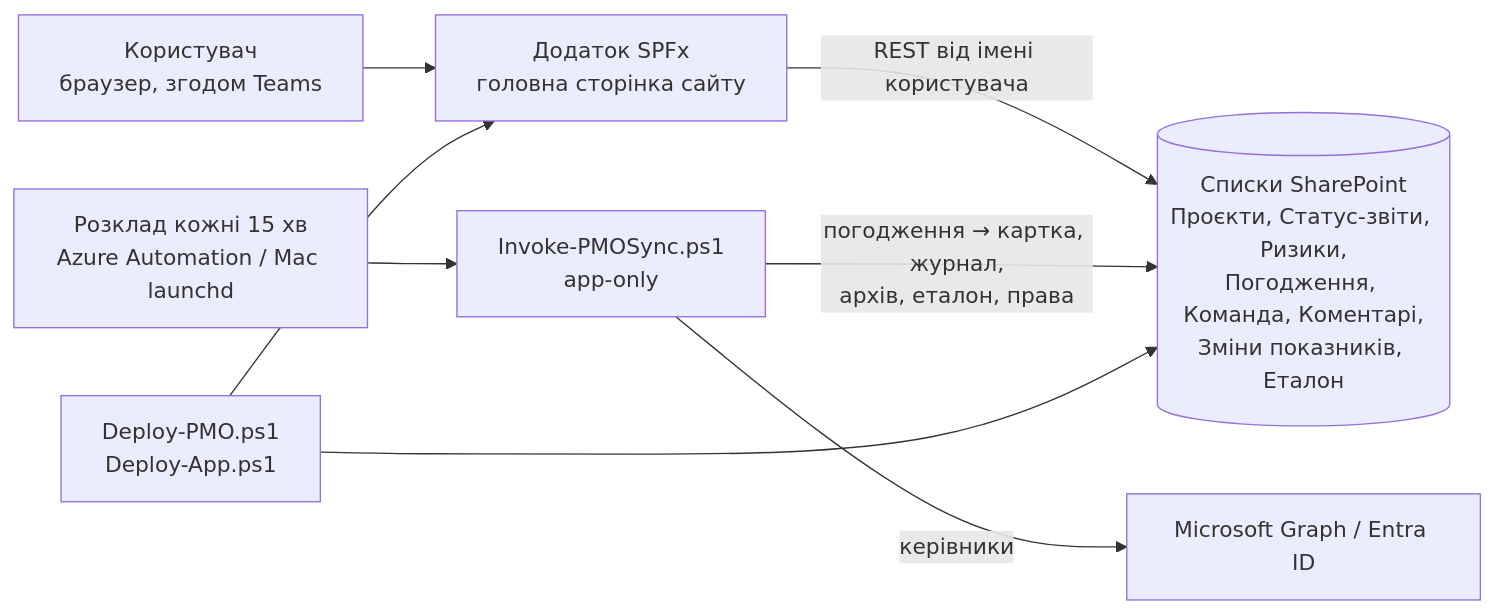
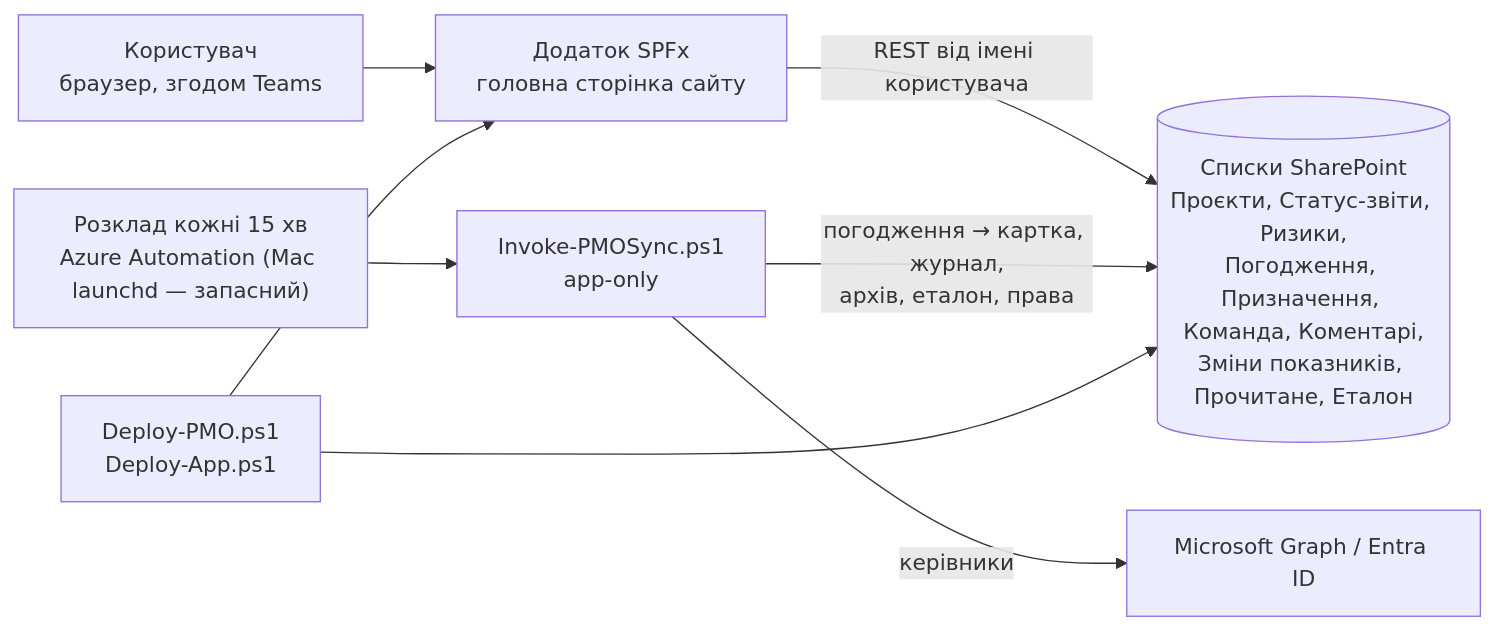
Before and after one commit to Acidsly/pmo-portal: the diagram in README.md, drawn with Mermaid. The commit also changed other lines of this file and 15 other files, not shown here.

Commit message:
Документация сверена с кодом: README, ARCHITECTURE (схемы), DATA-MODEL, SPEC, PROTOTYPE, DEPLOYMENT, команды, CLAUDE.md, spfx/README; «Усі призначення» по всем папкам; подсказка свежести 9–14

````diff
--- a/README.md
+++ b/README.md
@@ -21,10 +23,10 @@
 ```mermaid
 flowchart LR
     U["Користувач<br/>браузер, згодом Teams"] --> APP["Додаток SPFx<br/>головна сторінка сайту"]
-    APP -- "REST від імені користувача" --> L[("Списки SharePoint<br/>Проєкти, Статус-звіти, Ризики,<br/>Погодження, Команда, Коментарі,<br/>Зміни показників, Еталон")]
-    SCH["Розклад кожні 15 хв<br/>Azure Automation / Mac launchd"] --> SYNC["Invoke-PMOSync.ps1<br/>app-only"]
+    APP -- "REST від імені користувача" --> L[("Списки SharePoint<br/>Проєкти, Статус-звіти, Ризики,<br/>Погодження, Призначення, Команда, Коментарі,<br/>Зміни показників, Прочитане, Еталон")]
+    SCH["Розклад кожні 15 хв<br/>Azure Automation (Mac launchd — запасний)"] --> SYNC["Invoke-PMOSync.ps1<br/>app-only"]
     SYNC -- "погодження → картка, журнал,<br/>архів, еталон, права" --> L
     SYNC -- "керівники" --> G["Microsoft Graph / Entra ID"]
     DEP["Deploy-PMO.ps1<br/>Deploy-App.ps1"] --> L
     DEP --> APP
 ```
````
